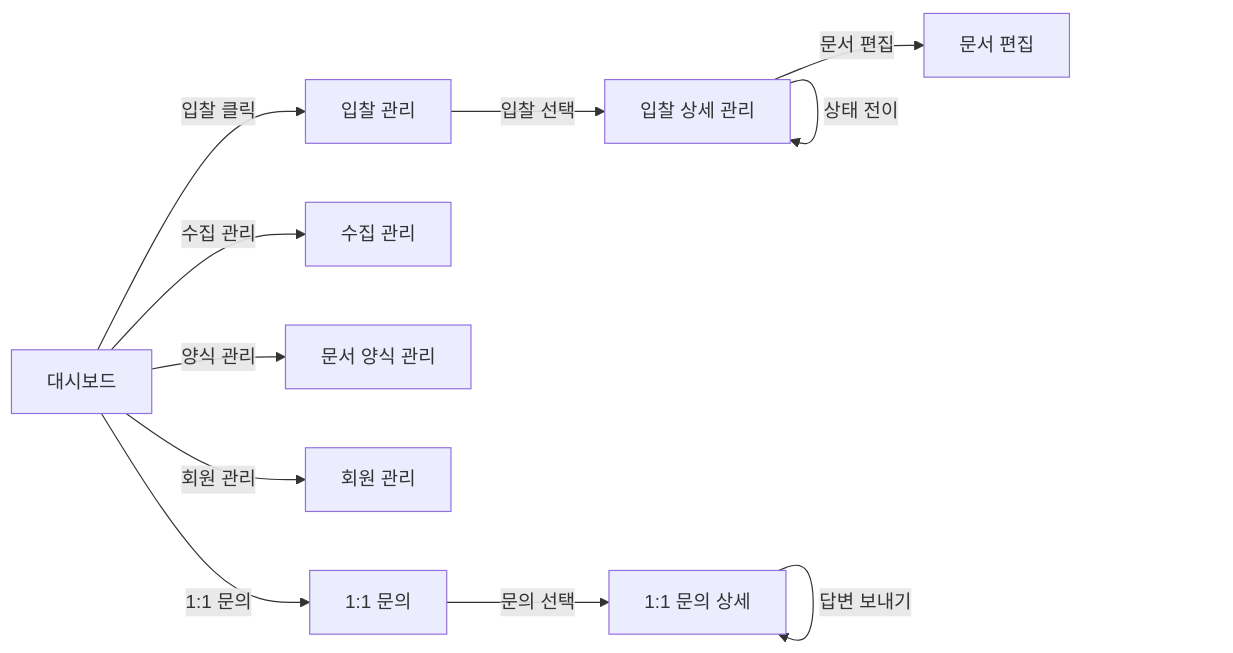
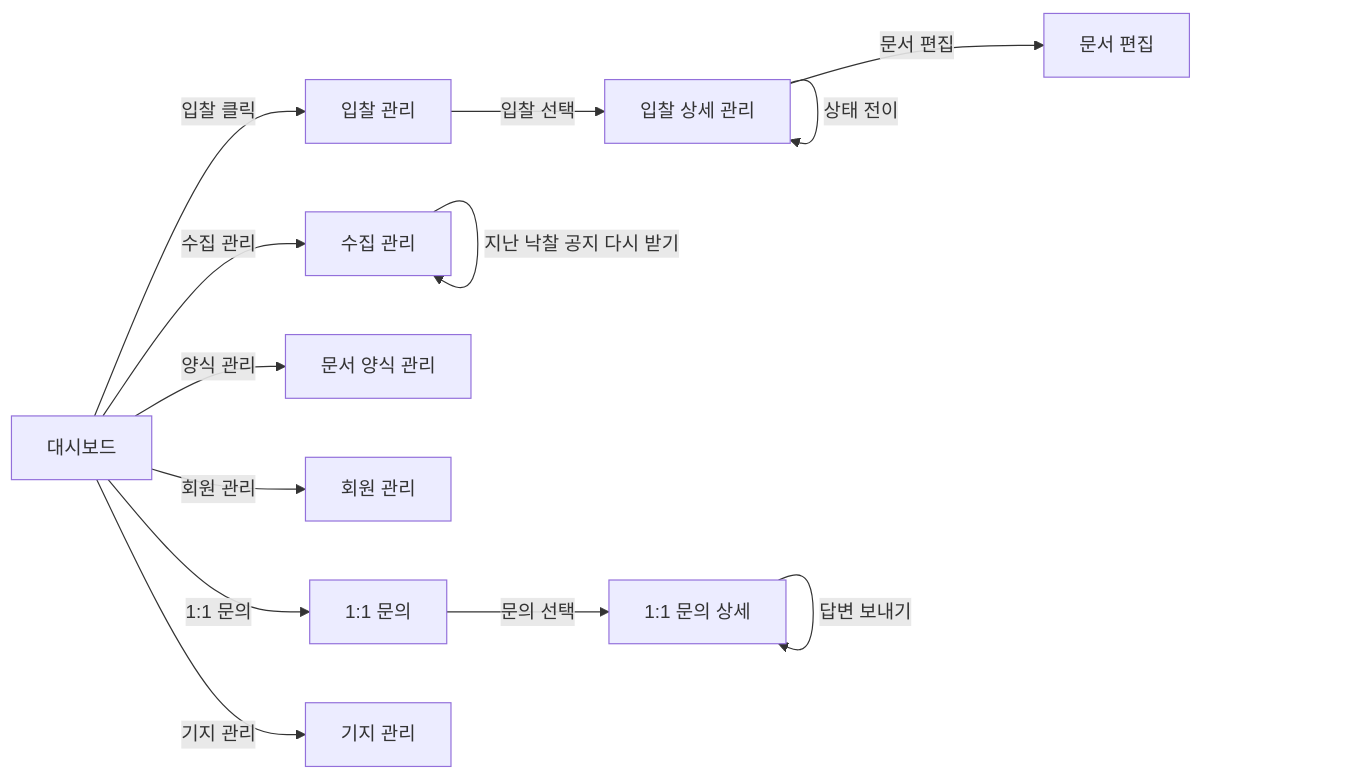
Before and after one commit to johnnykim7/wjbid: the second of 2 diagrams in docs/T3-3_화면_구조.md, drawn with Mermaid. The commit also changed other lines of this file and 15 other files, not shown here.

````diff
--- a/docs/T3-3_화면_구조.md
+++ b/docs/T3-3_화면_구조.md
@@ -754,13 +823,15 @@
 ```mermaid
 flowchart LR
     DASH[대시보드] -->|입찰 클릭| BID_LIST[입찰 관리]
     BID_LIST -->|입찰 선택| BID_DETAIL[입찰 상세 관리]
     BID_DETAIL -->|문서 편집| DOC_EDIT[문서 편집]
     BID_DETAIL -->|상태 전이| BID_DETAIL
     DASH -->|수집 관리| COLLECTION[수집 관리]
     DASH -->|양식 관리| TEMPLATES[문서 양식 관리]
     DASH -->|회원 관리| MEMBERS[회원 관리]
     DASH -->|1:1 문의| INQ_LIST[1:1 문의]
     INQ_LIST -->|문의 선택| INQ_DETAIL[1:1 문의 상세]
     INQ_DETAIL -->|답변 보내기| INQ_DETAIL
+    DASH -->|기지 관리| BASES[기지 관리]
+    COLLECTION -->|지난 낙찰 공지 다시 받기| COLLECTION
 ```
````
